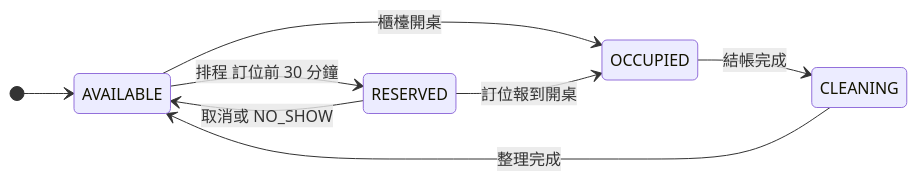
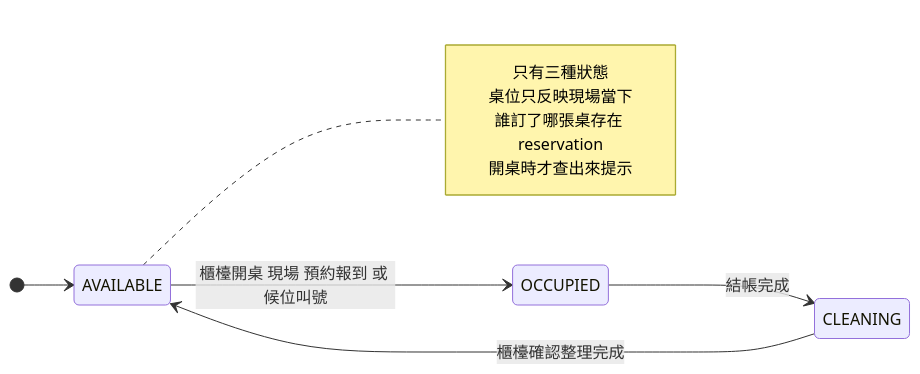
One commit to harry-wann/smart-order changed the ninth of 15 diagrams in docs/spec/06-圖表總覽.md. Above: the diagram before and after it, drawn with Mermaid. The commit also changed other lines of this file and 119 other files, not shown here.

````diff
--- a/docs/spec/06-圖表總覽.md
+++ b/docs/spec/06-圖表總覽.md
@@ -604,11 +613,15 @@
 ```mermaid
 stateDiagram-v2
     direction LR
     [*] --> AVAILABLE
-    AVAILABLE --> RESERVED : 排程 訂位前 30 分鐘
-    AVAILABLE --> OCCUPIED : 櫃檯開桌
-    RESERVED --> OCCUPIED : 訂位報到開桌
-    RESERVED --> AVAILABLE : 取消或 NO_SHOW
+    AVAILABLE --> OCCUPIED : 櫃檯開桌 現場 預約報到 或 候位叫號
     OCCUPIED --> CLEANING : 結帳完成
-    CLEANING --> AVAILABLE : 整理完成
+    CLEANING --> AVAILABLE : 櫃檯確認整理完成
+
+    note right of AVAILABLE
+        只有三種狀態
+        桌位只反映現場當下
+        誰訂了哪張桌存在 reservation
+        開桌時才查出來提示
+    end note
 ```
````
